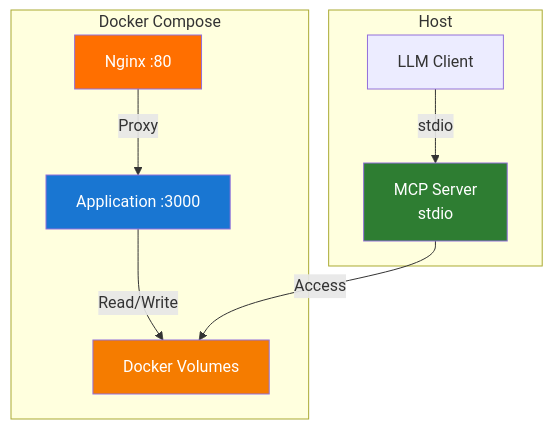
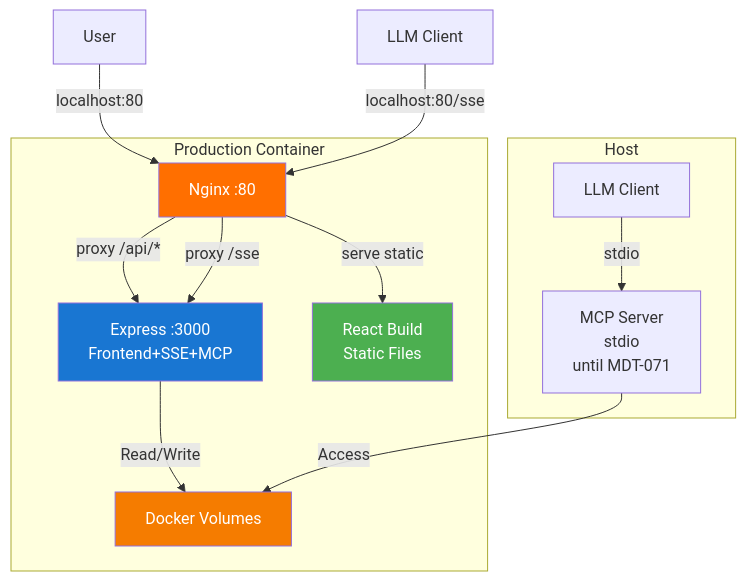
One commit to andkirby/markdown-ticket changed the second of 2 diagrams in docs/CRs/MDT-055-docker-containerization-architecture-for-multi-ser.md. Above: the diagram before and after it, drawn with Mermaid. The commit also changed other lines of this file, not shown here.

First line of the commit message:
feat: update MDT-055 with practical production/development setups

````diff
--- a/docs/CRs/MDT-055-docker-containerization-architecture-for-multi-ser.md
+++ b/docs/CRs/MDT-055-docker-containerization-architecture-for-multi-ser.md
@@ -49,23 +49,29 @@
 ```mermaid
 graph TB
-    subgraph "Docker Compose"
+    subgraph "Production Container"
         NGINX[Nginx :80]
-        APP[Application :3000]
+        APP[Express :3000<br/>Frontend+SSE+MCP]
+        STATIC[React Build<br/>Static Files]
         VOLUMES[Docker Volumes]
     end
 
     subgraph "Host"
-        MCP[MCP Server<br/>stdio]
+        MCP[MCP Server<br/>stdio<br/>until MDT-071]
         LLM[LLM Client]
     end
 
-    NGINX -->|Proxy| APP
+    USER[User] -->|localhost:80| NGINX
+    LLM_CLIENT[LLM Client] -->|localhost:80/sse| NGINX
+
+    NGINX -->|serve static| STATIC
+    NGINX -->|proxy /api/*| APP
+    NGINX -->|proxy /sse| APP
     APP -->|Read/Write| VOLUMES
     MCP -->|Access| VOLUMES
     LLM -->|stdio| MCP
 
     style NGINX fill:#ff6f00,color:#fff
     style APP fill:#1976d2,color:#fff
-    style MCP fill:#2e7d32,color:#fff
+    style STATIC fill:#4caf50,color:#fff
     style VOLUMES fill:#f57c00,color:#fff
 ```
````
